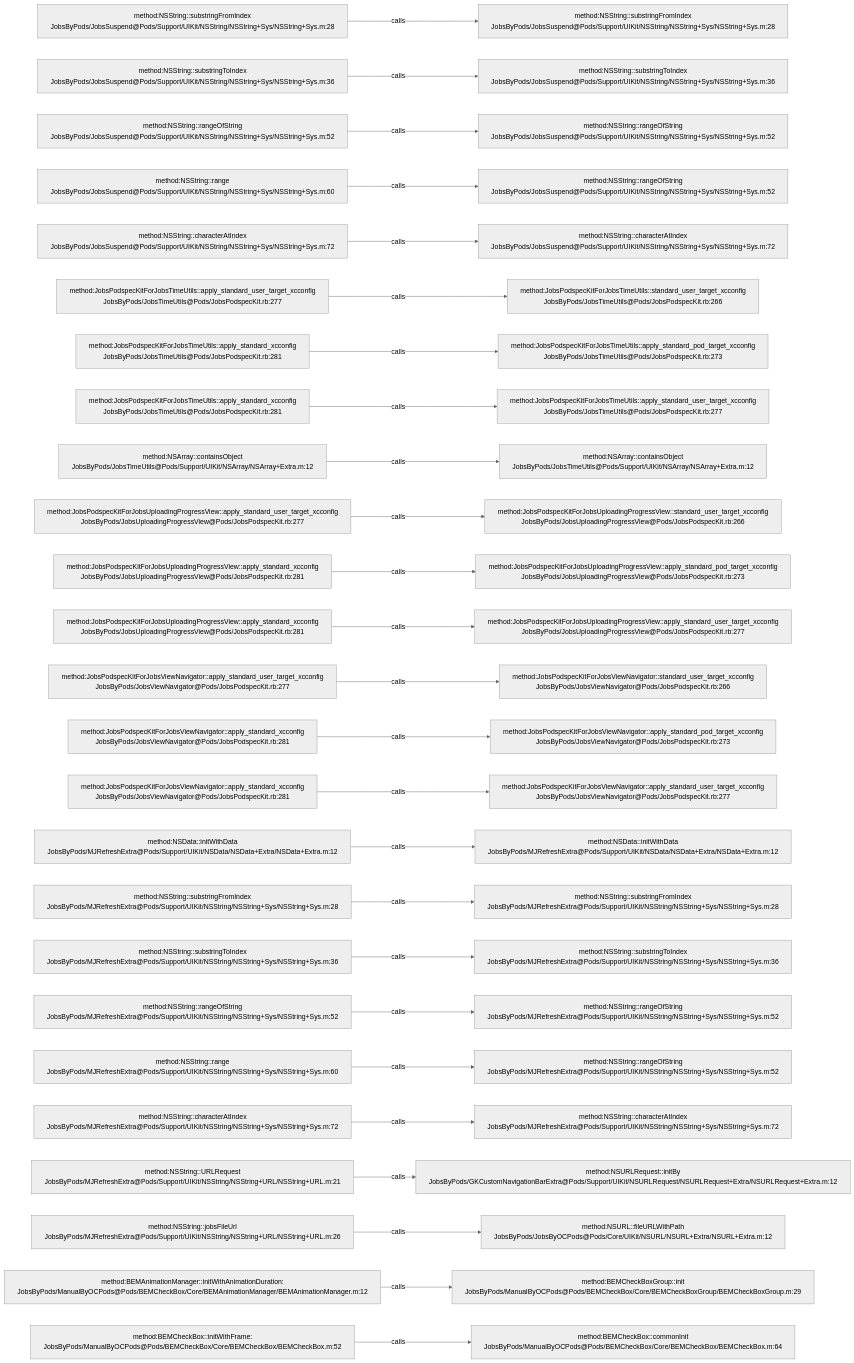
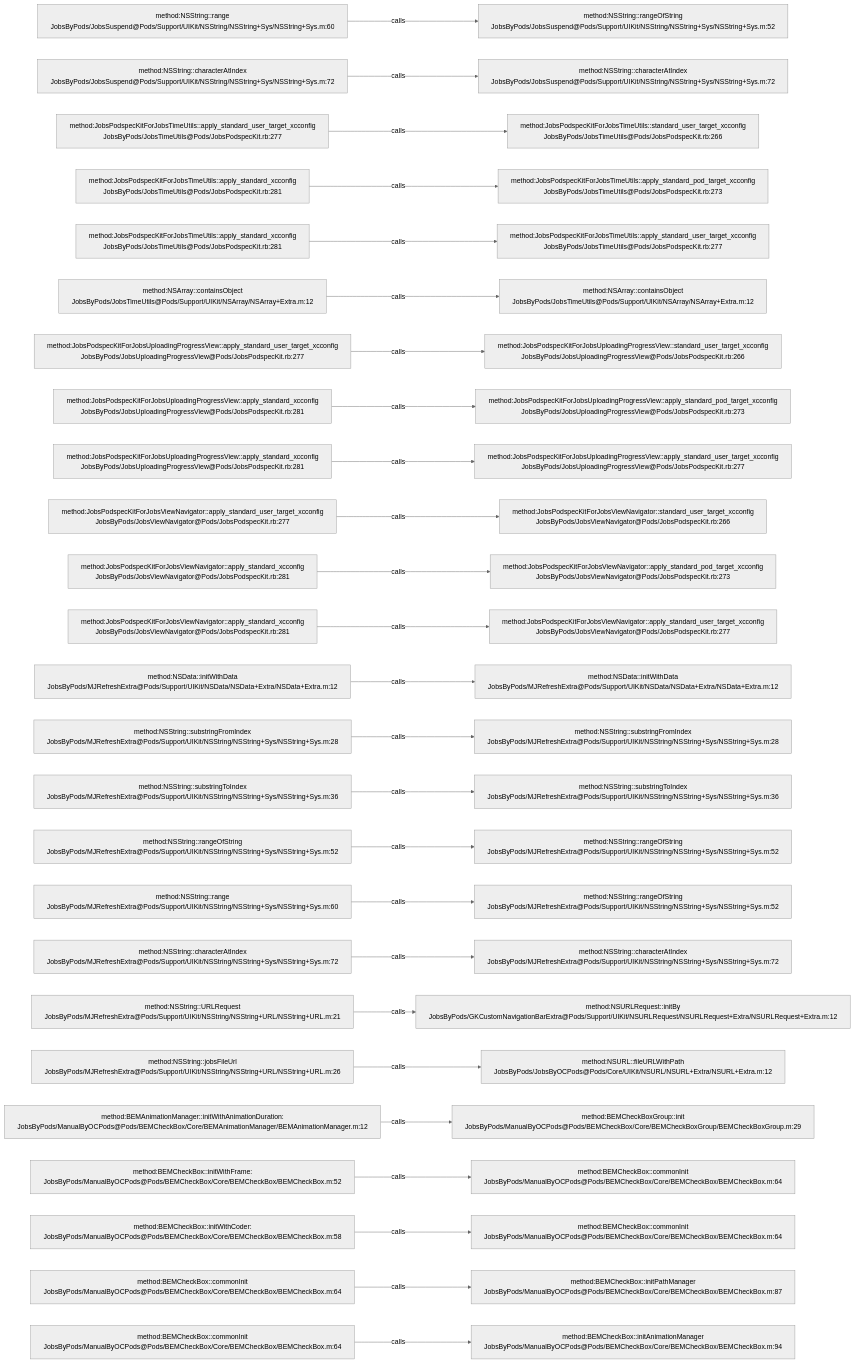
One commit to JobsKits/JobsOCBaseConfigDemo changed the diagram in .codegraph/codegraph.md/graphs/calls-013.md. Above: the diagram before and after it, drawn with Mermaid (neutral theme). The commit also changed 727 other files, not shown here.

````diff
--- a/.codegraph/codegraph.md/graphs/calls-013.md
+++ b/.codegraph/codegraph.md/graphs/calls-013.md
@@ -13,78 +13,78 @@
 ```mermaid
 flowchart LR
-  S1["method:NSString::substringFromIndex<br/>JobsByPods/JobsSuspend@Pods/Support/UIKit/NSString/NSString+Sys/NSString+Sys.m:28"]
-  T1["method:NSString::substringFromIndex<br/>JobsByPods/JobsSuspend@Pods/Support/UIKit/NSString/NSString+Sys/NSString+Sys.m:28"]
+  S1["method:NSString::range<br/>JobsByPods/JobsSuspend@Pods/Support/UIKit/NSString/NSString+Sys/NSString+Sys.m:60"]
+  T1["method:NSString::rangeOfString<br/>JobsByPods/JobsSuspend@Pods/Support/UIKit/NSString/NSString+Sys/NSString+Sys.m:52"]
   S1 -->|calls| T1
-  S2["method:NSString::substringToIndex<br/>JobsByPods/JobsSuspend@Pods/Support/UIKit/NSString/NSString+Sys/NSString+Sys.m:36"]
-  T2["method:NSString::substringToIndex<br/>JobsByPods/JobsSuspend@Pods/Support/UIKit/NSString/NSString+Sys/NSString+Sys.m:36"]
+  S2["method:NSString::characterAtIndex<br/>JobsByPods/JobsSuspend@Pods/Support/UIKit/NSString/NSString+Sys/NSString+Sys.m:72"]
+  T2["method:NSString::characterAtIndex<br/>JobsByPods/JobsSuspend@Pods/Support/UIKit/NSString/NSString+Sys/NSString+Sys.m:72"]
   S2 -->|calls| T2
-  S3["method:NSString::rangeOfString<br/>JobsByPods/JobsSuspend@Pods/Support/UIKit/NSString/NSString+Sys/NSString+Sys.m:52"]
-  T3["method:NSString::rangeOfString<br/>JobsByPods/JobsSuspend@Pods/Support/UIKit/NSString/NSString+Sys/NSString+Sys.m:52"]
+  S3["method:JobsPodspecKitForJobsTimeUtils::apply_standard_user_target_xcconfig<br/>JobsByPods/JobsTimeUtils@Pods/JobsPodspecKit.rb:277"]
+  T3["method:JobsPodspecKitForJobsTimeUtils::standard_user_target_xcconfig<br/>JobsByPods/JobsTimeUtils@Pods/JobsPodspecKit.rb:266"]
   S3 -->|calls| T3
-  S4["method:NSString::range<br/>JobsByPods/JobsSuspend@Pods/Support/UIKit/NSString/NSString+Sys/NSString+Sys.m:60"]
-  T4["method:NSString::rangeOfString<br/>JobsByPods/JobsSuspend@Pods/Support/UIKit/NSString/NSString+Sys/NSString+Sys.m:52"]
+  S4["method:JobsPodspecKitForJobsTimeUtils::apply_standard_xcconfig<br/>JobsByPods/JobsTimeUtils@Pods/JobsPodspecKit.rb:281"]
+  T4["method:JobsPodspecKitForJobsTimeUtils::apply_standard_pod_target_xcconfig<br/>JobsByPods/JobsTimeUtils@Pods/JobsPodspecKit.rb:273"]
   S4 -->|calls| T4
-  S5["method:NSString::characterAtIndex<br/>JobsByPods/JobsSuspend@Pods/Support/UIKit/NSString/NSString+Sys/NSString+Sys.m:72"]
-  T5["method:NSString::characterAtIndex<br/>JobsByPods/JobsSuspend@Pods/Support/UIKit/NSString/NSString+Sys/NSString+Sys.m:72"]
+  S5["method:JobsPodspecKitForJobsTimeUtils::apply_standard_xcconfig<br/>JobsByPods/JobsTimeUtils@Pods/JobsPodspecKit.rb:281"]
+  T5["method:JobsPodspecKitForJobsTimeUtils::apply_standard_user_target_xcconfig<br/>JobsByPods/JobsTimeUtils@Pods/JobsPodspecKit.rb:277"]
   S5 -->|calls| T5
-  S6["method:JobsPodspecKitForJobsTimeUtils::apply_standard_user_target_xcconfig<br/>JobsByPods/JobsTimeUtils@Pods/JobsPodspecKit.rb:277"]
-  T6["method:JobsPodspecKitForJobsTimeUtils::standard_user_target_xcconfig<br/>JobsByPods/JobsTimeUtils@Pods/JobsPodspecKit.rb:266"]
+  S6["method:NSArray::containsObject<br/>JobsByPods/JobsTimeUtils@Pods/Support/UIKit/NSArray/NSArray+Extra.m:12"]
+  T6["method:NSArray::containsObject<br/>JobsByPods/JobsTimeUtils@Pods/Support/UIKit/NSArray/NSArray+Extra.m:12"]
   S6 -->|calls| T6
-  S7["method:JobsPodspecKitForJobsTimeUtils::apply_standard_xcconfig<br/>JobsByPods/JobsTimeUtils@Pods/JobsPodspecKit.rb:281"]
-  T7["method:JobsPodspecKitForJobsTimeUtils::apply_standard_pod_target_xcconfig<br/>JobsByPods/JobsTimeUtils@Pods/JobsPodspecKit.rb:273"]
+  S7["method:JobsPodspecKitForJobsUploadingProgressView::apply_standard_user_target_xcconfig<br/>JobsByPods/JobsUploadingProgressView@Pods/JobsPodspecKit.rb:277"]
+  T7["method:JobsPodspecKitForJobsUploadingProgressView::standard_user_target_xcconfig<br/>JobsByPods/JobsUploadingProgressView@Pods/JobsPodspecKit.rb:266"]
   S7 -->|calls| T7
-  S8["method:JobsPodspecKitForJobsTimeUtils::apply_standard_xcconfig<br/>JobsByPods/JobsTimeUtils@Pods/JobsPodspecKit.rb:281"]
-  T8["method:JobsPodspecKitForJobsTimeUtils::apply_standard_user_target_xcconfig<br/>JobsByPods/JobsTimeUtils@Pods/JobsPodspecKit.rb:277"]
+  S8["method:JobsPodspecKitForJobsUploadingProgressView::apply_standard_xcconfig<br/>JobsByPods/JobsUploadingProgressView@Pods/JobsPodspecKit.rb:281"]
+  T8["method:JobsPodspecKitForJobsUploadingProgressView::apply_standard_pod_target_xcconfig<br/>JobsByPods/JobsUploadingProgressView@Pods/JobsPodspecKit.rb:273"]
   S8 -->|calls| T8
-  S9["method:NSArray::containsObject<br/>JobsByPods/JobsTimeUtils@Pods/Support/UIKit/NSArray/NSArray+Extra.m:12"]
-  T9["method:NSArray::containsObject<br/>JobsByPods/JobsTimeUtils@Pods/Support/UIKit/NSArray/NSArray+Extra.m:12"]
+  S9["method:JobsPodspecKitForJobsUploadingProgressView::apply_standard_xcconfig<br/>JobsByPods/JobsUploadingProgressView@Pods/JobsPodspecKit.rb:281"]
+  T9["method:JobsPodspecKitForJobsUploadingProgressView::apply_standard_user_target_xcconfig<br/>JobsByPods/JobsUploadingProgressView@Pods/JobsPodspecKit.rb:277"]
   S9 -->|calls| T9
-  S10["method:JobsPodspecKitForJobsUploadingProgressView::apply_standard_user_target_xcconfig<br/>JobsByPods/JobsUploadingProgressView@Pods/JobsPodspecKit.rb:277"]
-  T10["method:JobsPodspecKitForJobsUploadingProgressView::standard_user_target_xcconfig<br/>JobsByPods/JobsUploadingProgressView@Pods/JobsPodspecKit.rb:266"]
+  S10["method:JobsPodspecKitForJobsViewNavigator::apply_standard_user_target_xcconfig<br/>JobsByPods/JobsViewNavigator@Pods/JobsPodspecKit.rb:277"]
+  T10["method:JobsPodspecKitForJobsViewNavigator::standard_user_target_xcconfig<br/>JobsByPods/JobsViewNavigator@Pods/JobsPodspecKit.rb:266"]
   S10 -->|calls| T10
-  S11["method:JobsPodspecKitForJobsUploadingProgressView::apply_standard_xcconfig<br/>JobsByPods/JobsUploadingProgressView@Pods/JobsPodspecKit.rb:281"]
-  T11["method:JobsPodspecKitForJobsUploadingProgressView::apply_standard_pod_target_xcconfig<br/>JobsByPods/JobsUploadingProgressView@Pods/JobsPodspecKit.rb:273"]
+  S11["method:JobsPodspecKitForJobsViewNavigator::apply_standard_xcconfig<br/>JobsByPods/JobsViewNavigator@Pods/JobsPodspecKit.rb:281"]
+  T11["method:JobsPodspecKitForJobsViewNavigator::apply_standard_pod_target_xcconfig<br/>JobsByPods/JobsViewNavigator@Pods/JobsPodspecKit.rb:273"]
   S11 -->|calls| T11
-  S12["method:JobsPodspecKitForJobsUploadingProgressView::apply_standard_xcconfig<br/>JobsByPods/JobsUploadingProgressView@Pods/JobsPodspecKit.rb:281"]
-  T12["method:JobsPodspecKitForJobsUploadingProgressView::apply_standard_user_target_xcconfig<br/>JobsByPods/JobsUploadingProgressView@Pods/JobsPodspecKit.rb:277"]
+  S12["method:JobsPodspecKitForJobsViewNavigator::apply_standard_xcconfig<br/>JobsByPods/JobsViewNavigator@Pods/JobsPodspecKit.rb:281"]
+  T12["method:JobsPodspecKitForJobsViewNavigator::apply_standard_user_target_xcconfig<br/>JobsByPods/JobsViewNavigator@Pods/JobsPodspecKit.rb:277"]
   S12 -->|calls| T12
-  S13["method:JobsPodspecKitForJobsViewNavigator::apply_standard_user_target_xcconfig<br/>JobsByPods/JobsViewNavigator@Pods/JobsPodspecKit.rb:277"]
-  T13["method:JobsPodspecKitForJobsViewNavigator::standard_user_target_xcconfig<br/>JobsByPods/JobsViewNavigator@Pods/JobsPodspecKit.rb:266"]
+  S13["method:NSData::initWithData<br/>JobsByPods/MJRefreshExtra@Pods/Support/UIKit/NSData/NSData+Extra/NSData+Extra.m:12"]
+  T13["method:NSData::initWithData<br/>JobsByPods/MJRefreshExtra@Pods/Support/UIKit/NSData/NSData+Extra/NSData+Extra.m:12"]
   S13 -->|calls| T13
-  S14["method:JobsPodspecKitForJobsViewNavigator::apply_standard_xcconfig<br/>JobsByPods/JobsViewNavigator@Pods/JobsPodspecKit.rb:281"]
-  T14["method:JobsPodspecKitForJobsViewNavigator::apply_standard_pod_target_xcconfig<br/>JobsByPods/JobsViewNavigator@Pods/JobsPodspecKit.rb:273"]
+  S14["method:NSString::substringFromIndex<br/>JobsByPods/MJRefreshExtra@Pods/Support/UIKit/NSString/NSString+Sys/NSString+Sys.m:28"]
+  T14["method:NSString::substringFromIndex<br/>JobsByPods/MJRefreshExtra@Pods/Support/UIKit/NSString/NSString+Sys/NSString+Sys.m:28"]
   S14 -->|calls| T14
-  S15["method:JobsPodspecKitForJobsViewNavigator::apply_standard_xcconfig<br/>JobsByPods/JobsViewNavigator@Pods/JobsPodspecKit.rb:281"]
-  T15["method:JobsPodspecKitForJobsViewNavigator::apply_standard_user_target_xcconfig<br/>JobsByPods/JobsViewNavigator@Pods/JobsPodspecKit.rb:277"]
+  S15["method:NSString::substringToIndex<br/>JobsByPods/MJRefreshExtra@Pods/Support/UIKit/NSString/NSString+Sys/NSString+Sys.m:36"]
+  T15["method:NSString::substringToIndex<br/>JobsByPods/MJRefreshExtra@Pods/Support/UIKit/NSString/NSString+Sys/NSString+Sys.m:36"]
   S15 -->|calls| T15
-  S16["method:NSData::initWithData<br/>JobsByPods/MJRefreshExtra@Pods/Support/UIKit/NSData/NSData+Extra/NSData+Extra.m:12"]
-  T16["method:NSData::initWithData<br/>JobsByPods/MJRefreshExtra@Pods/Support/UIKit/NSData/NSData+Extra/NSData+Extra.m:12"]
+  S16["method:NSString::rangeOfString<br/>JobsByPods/MJRefreshExtra@Pods/Support/UIKit/NSString/NSString+Sys/NSString+Sys.m:52"]
+  T16["method:NSString::rangeOfString<br/>JobsByPods/MJRefreshExtra@Pods/Support/UIKit/NSString/NSString+Sys/NSString+Sys.m:52"]
   S16 -->|calls| T16
-  S17["method:NSString::substringFromIndex<br/>JobsByPods/MJRefreshExtra@Pods/Support/UIKit/NSString/NSString+Sys/NSString+Sys.m:28"]
-  T17["method:NSString::substringFromIndex<br/>JobsByPods/MJRefreshExtra@Pods/Support/UIKit/NSString/NSString+Sys/NSString+Sys.m:28"]
+  S17["method:NSString::range<br/>JobsByPods/MJRefreshExtra@Pods/Support/UIKit/NSString/NSString+Sys/NSString+Sys.m:60"]
+  T17["method:NSString::rangeOfString<br/>JobsByPods/MJRefreshExtra@Pods/Support/UIKit/NSString/NSString+Sys/NSString+Sys.m:52"]
   S17 -->|calls| T17
-  S18["method:NSString::substringToIndex<br/>JobsByPods/MJRefreshExtra@Pods/Support/UIKit/NSString/NSString+Sys/NSString+Sys.m:36"]
-  T18["method:NSString::substringToIndex<br/>JobsByPods/MJRefreshExtra@Pods/Support/UIKit/NSString/NSString+Sys/NSString+Sys.m:36"]
+  S18["method:NSString::characterAtIndex<br/>JobsByPods/MJRefreshExtra@Pods/Support/UIKit/NSString/NSString+Sys/NSString+Sys.m:72"]
+  T18["method:NSString::characterAtIndex<br/>JobsByPods/MJRefreshExtra@Pods/Support/UIKit/NSString/NSString+Sys/NSString+Sys.m:72"]
   S18 -->|calls| T18
-  S19["method:NSString::rangeOfString<br/>JobsByPods/MJRefreshExtra@Pods/Support/UIKit/NSString/NSString+Sys/NSString+Sys.m:52"]
-  T19["method:NSString::rangeOfString<br/>JobsByPods/MJRefreshExtra@Pods/Support/UIKit/NSString/NSString+Sys/NSString+Sys.m:52"]
+  S19["method:NSString::URLRequest<br/>JobsByPods/MJRefreshExtra@Pods/Support/UIKit/NSString/NSString+URL/NSString+URL.m:21"]
+  T19["method:NSURLRequest::initBy<br/>JobsByPods/GKCustomNavigationBarExtra@Pods/Support/UIKit/NSURLRequest/NSURLRequest+Extra/NSURLRequest+Extra.m:12"]
   S19 -->|calls| T19
-  S20["method:NSString::range<br/>JobsByPods/MJRefreshExtra@Pods/Support/UIKit/NSString/NSString+Sys/NSString+Sys.m:60"]
-  T20["method:NSString::rangeOfString<br/>JobsByPods/MJRefreshExtra@Pods/Support/UIKit/NSString/NSString+Sys/NSString+Sys.m:52"]
+  S20["method:NSString::jobsFileUrl<br/>JobsByPods/MJRefreshExtra@Pods/Support/UIKit/NSString/NSString+URL/NSString+URL.m:26"]
+  T20["method:NSURL::fileURLWithPath<br/>JobsByPods/JobsByOCPods@Pods/Core/UIKit/NSURL/NSURL+Extra/NSURL+Extra.m:12"]
   S20 -->|calls| T20
-  S21["method:NSString::characterAtIndex<br/>JobsByPods/MJRefreshExtra@Pods/Support/UIKit/NSString/NSString+Sys/NSString+Sys.m:72"]
-  T21["method:NSString::characterAtIndex<br/>JobsByPods/MJRefreshExtra@Pods/Support/UIKit/NSString/NSString+Sys/NSString+Sys.m:72"]
+  S21["method:BEMAnimationManager::initWithAnimationDuration:<br/>JobsByPods/ManualByOCPods@Pods/BEMCheckBox/Core/BEMAnimationManager/BEMAnimationManager.m:12"]
+  T21["method:BEMCheckBoxGroup::init<br/>JobsByPods/ManualByOCPods@Pods/BEMCheckBox/Core/BEMCheckBoxGroup/BEMCheckBoxGroup.m:29"]
   S21 -->|calls| T21
-  S22["method:NSString::URLRequest<br/>JobsByPods/MJRefreshExtra@Pods/Support/UIKit/NSString/NSString+URL/NSString+URL.m:21"]
-  T22["method:NSURLRequest::initBy<br/>JobsByPods/GKCustomNavigationBarExtra@Pods/Support/UIKit/NSURLRequest/NSURLRequest+Extra/NSURLRequest+Extra.m:12"]
+  S22["method:BEMCheckBox::initWithFrame:<br/>JobsByPods/ManualByOCPods@Pods/BEMCheckBox/Core/BEMCheckBox/BEMCheckBox.m:52"]
+  T22["method:BEMCheckBox::commonInit<br/>JobsByPods/ManualByOCPods@Pods/BEMCheckBox/Core/BEMCheckBox/BEMCheckBox.m:64"]
   S22 -->|calls| T22
-  S23["method:NSString::jobsFileUrl<br/>JobsByPods/MJRefreshExtra@Pods/Support/UIKit/NSString/NSString+URL/NSString+URL.m:26"]
-  T23["method:NSURL::fileURLWithPath<br/>JobsByPods/JobsByOCPods@Pods/Core/UIKit/NSURL/NSURL+Extra/NSURL+Extra.m:12"]
+  S23["method:BEMCheckBox::initWithCoder:<br/>JobsByPods/ManualByOCPods@Pods/BEMCheckBox/Core/BEMCheckBox/BEMCheckBox.m:58"]
+  T23["method:BEMCheckBox::commonInit<br/>JobsByPods/ManualByOCPods@Pods/BEMCheckBox/Core/BEMCheckBox/BEMCheckBox.m:64"]
   S23 -->|calls| T23
-  S24["method:BEMAnimationManager::initWithAnimationDuration:<br/>JobsByPods/ManualByOCPods@Pods/BEMCheckBox/Core/BEMAnimationManager/BEMAnimationManager.m:12"]
-  T24["method:BEMCheckBoxGroup::init<br/>JobsByPods/ManualByOCPods@Pods/BEMCheckBox/Core/BEMCheckBoxGroup/BEMCheckBoxGroup.m:29"]
+  S24["method:BEMCheckBox::commonInit<br/>JobsByPods/ManualByOCPods@Pods/BEMCheckBox/Core/BEMCheckBox/BEMCheckBox.m:64"]
+  T24["method:BEMCheckBox::initPathManager<br/>JobsByPods/ManualByOCPods@Pods/BEMCheckBox/Core/BEMCheckBox/BEMCheckBox.m:87"]
   S24 -->|calls| T24
-  S25["method:BEMCheckBox::initWithFrame:<br/>JobsByPods/ManualByOCPods@Pods/BEMCheckBox/Core/BEMCheckBox/BEMCheckBox.m:52"]
-  T25["method:BEMCheckBox::commonInit<br/>JobsByPods/ManualByOCPods@Pods/BEMCheckBox/Core/BEMCheckBox/BEMCheckBox.m:64"]
+  S25["method:BEMCheckBox::commonInit<br/>JobsByPods/ManualByOCPods@Pods/BEMCheckBox/Core/BEMCheckBox/BEMCheckBox.m:64"]
+  T25["method:BEMCheckBox::initAnimationManager<br/>JobsByPods/ManualByOCPods@Pods/BEMCheckBox/Core/BEMCheckBox/BEMCheckBox.m:94"]
   S25 -->|calls| T25
 ```
````
